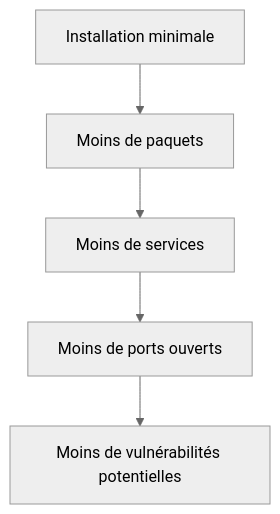
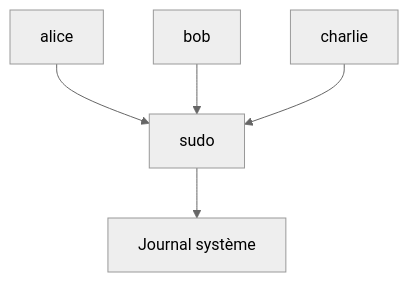
Diagram 16 of 20 in campagne 1/1.8.md (tdelaclos/formations), drawn with Mermaid (neutral theme) before and after one commit. The commit also changed other lines of this file, not shown here.

````diff
--- a/campagne 1/1.8.md
+++ b/campagne 1/1.8.md
@@ -433,18 +714,19 @@
 ```mermaid
 flowchart TD
 
-A["Installation minimale"]
+A["alice"]
 
-B["Moins de paquets"]
+B["bob"]
 
-C["Moins de services"]
+C["charlie"]
 
-D["Moins de ports ouverts"]
+D["sudo"]
 
-E["Moins de vulnérabilités potentielles"]
+E["Journal système"]
 
-A --> B
-B --> C
+A --> D
+B --> D
 C --> D
+
 D --> E
 ```
````
